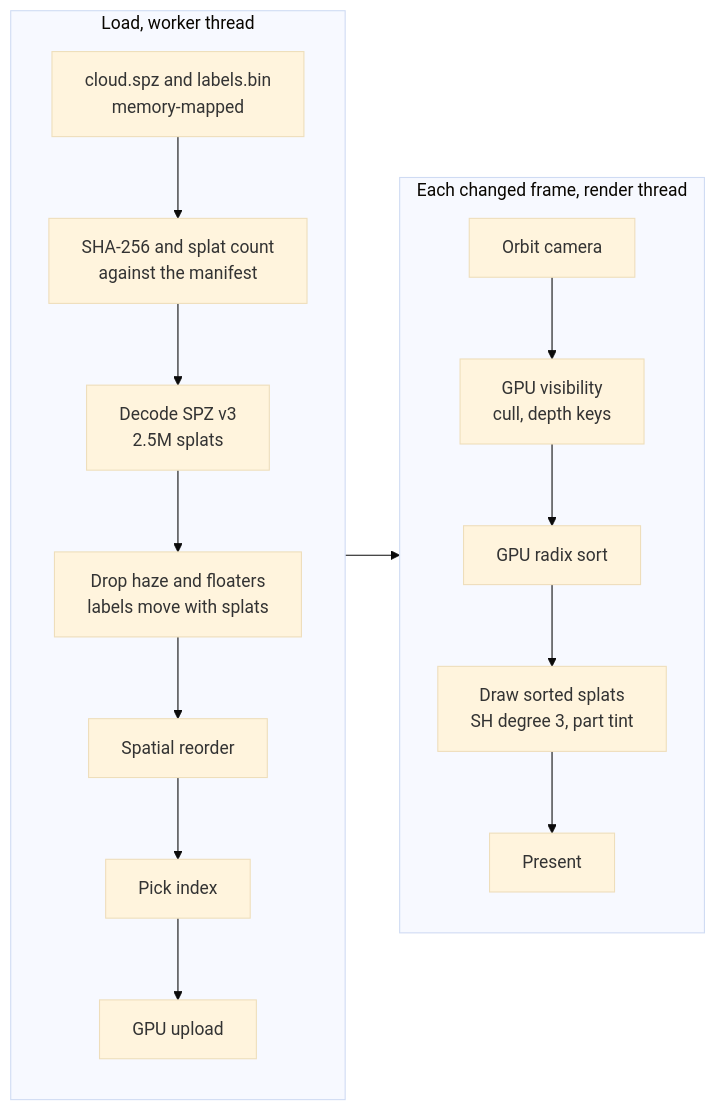
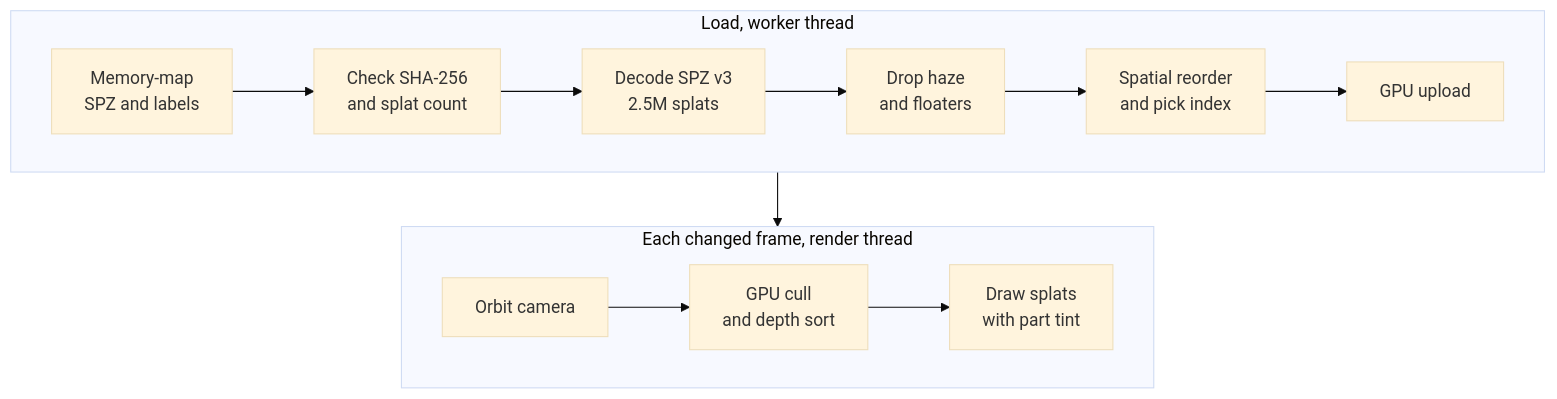
The second of 4 diagrams in README.md (Xget7/splat-field-guide), drawn with Mermaid (base theme) before and after one commit. The commit also changed other lines of this file, not shown here.

Commit message:
Draw the README diagrams top to bottom and trim their labels

````diff
--- a/README.md
+++ b/README.md
@@ -41,20 +38,15 @@
 ```mermaid
-flowchart LR
+flowchart TB
   subgraph Load["Load, worker thread"]
-    direction TB
-    files["cloud.spz and labels.bin<br/>memory-mapped"] --> verify["SHA-256 and splat count<br/>against the manifest"]
+    files["Memory-map<br/>SPZ and labels"] --> verify["Check SHA-256<br/>and splat count"]
     verify --> decode["Decode SPZ v3<br/>2.5M splats"]
-    decode --> filter["Drop haze and floaters<br/>labels move with splats"]
-    filter --> order["Spatial reorder"]
-    order --> index["Pick index"]
-    index --> upload["GPU upload"]
+    decode --> filter["Drop haze<br/>and floaters"]
+    filter --> order["Spatial reorder<br/>and pick index"]
+    order --> upload["GPU upload"]
   end
   subgraph Frame["Each changed frame, render thread"]
-    direction TB
-    camera["Orbit camera"] --> visibility["GPU visibility<br/>cull, depth keys"]
-    visibility --> sort["GPU radix sort"]
-    sort --> draw["Draw sorted splats<br/>SH degree 3, part tint"]
-    draw --> present["Present"]
+    camera["Orbit camera"] --> sort["GPU cull<br/>and depth sort"]
+    sort --> draw["Draw splats<br/>with part tint"]
   end
-  upload --> camera
+  Load --> Frame
 ```
````
